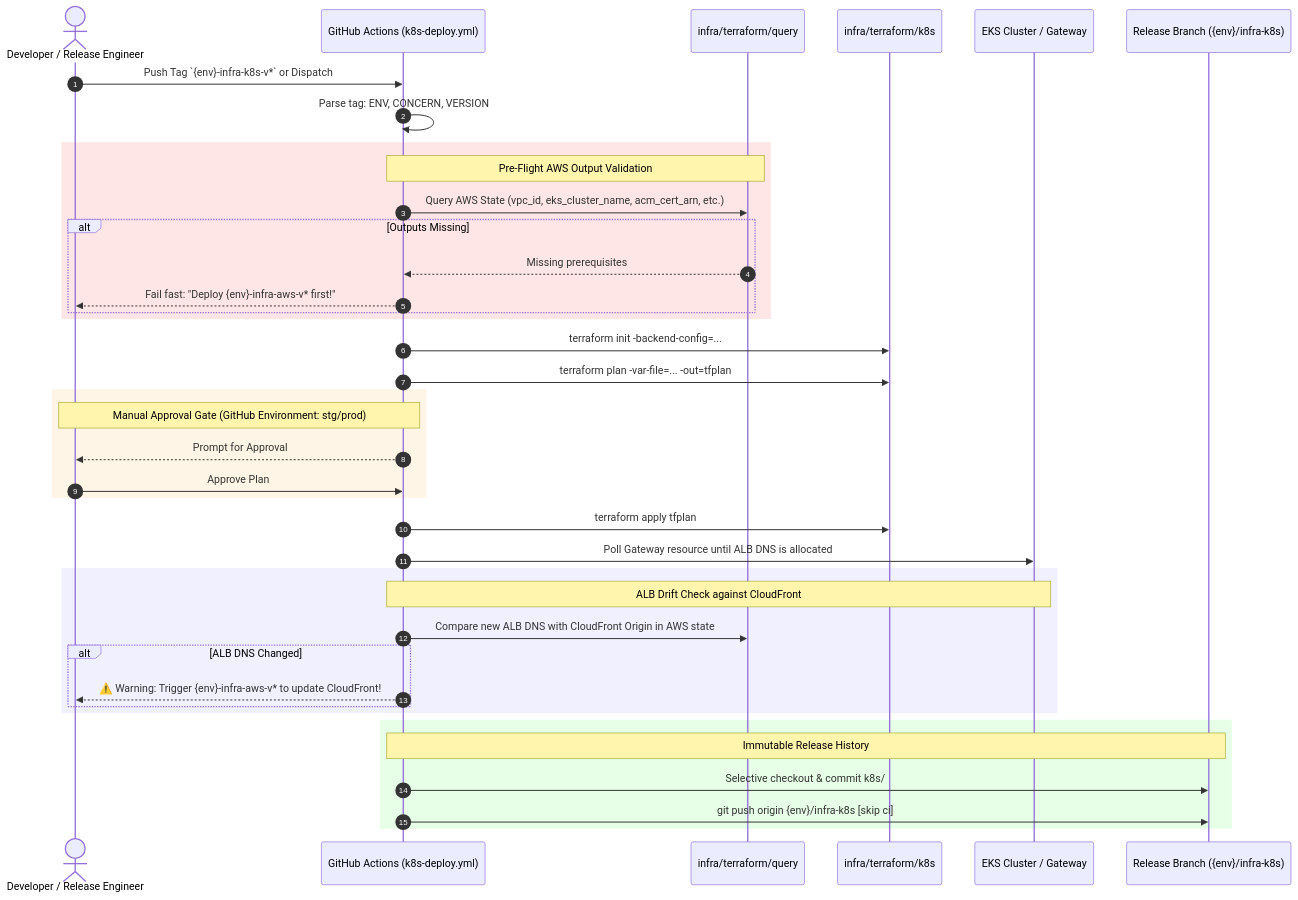
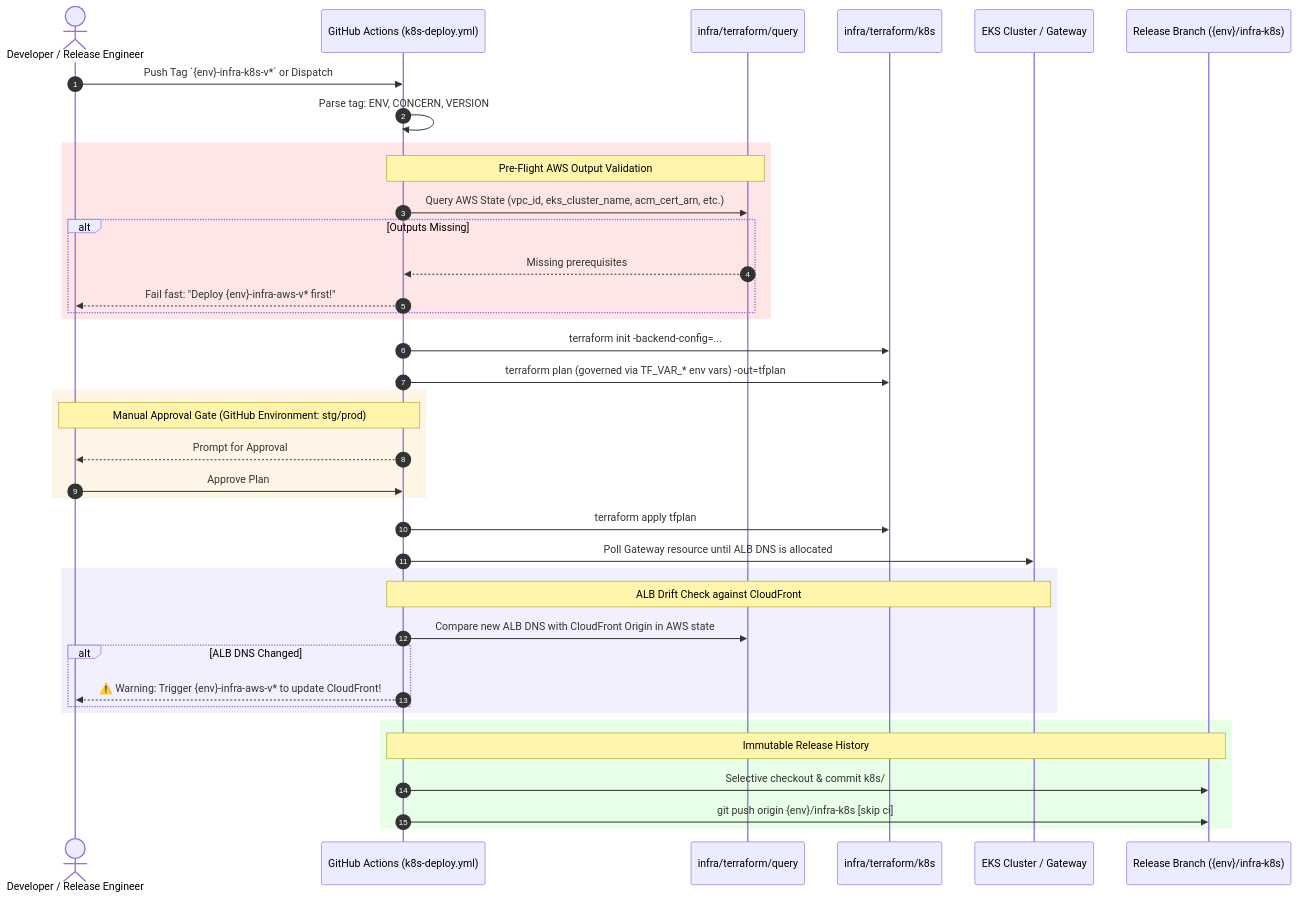
The second of 2 diagrams in docs/context/infrastructure-cicd-spec.md (parth9218/Document-Intelligence-Platform), drawn with Mermaid before and after one commit. The commit also changed other lines of this file and 21 other files, not shown here.

````diff
--- a/docs/context/infrastructure-cicd-spec.md
+++ b/docs/context/infrastructure-cicd-spec.md
@@ -150,48 +144,48 @@
 ```mermaid
 sequenceDiagram
     autonumber
     actor Dev as Developer / Release Engineer
     participant GH as GitHub Actions (k8s-deploy.yml)
     participant Query as infra/terraform/query
     participant K8s as infra/terraform/k8s
     participant Cluster as EKS Cluster / Gateway
     participant Git as Release Branch ({env}/infra-k8s)
 
     Dev->>GH: Push Tag `{env}-infra-k8s-v*` or Dispatch
     GH->>GH: Parse tag: ENV, CONCERN, VERSION
     
     rect rgb(255, 230, 230)
         Note over GH, Query: Pre-Flight AWS Output Validation
         GH->>Query: Query AWS State (vpc_id, eks_cluster_name, acm_cert_arn, etc.)
         alt Outputs Missing
             Query-->>GH: Missing prerequisites
             GH-->>Dev: Fail fast: "Deploy {env}-infra-aws-v* first!"
         end
     end
     
     GH->>K8s: terraform init -backend-config=...
-    GH->>K8s: terraform plan -var-file=... -out=tfplan
+    GH->>K8s: terraform plan (governed via TF_VAR_* env vars) -out=tfplan
     
     rect rgb(255, 245, 230)
         Note over GH, Dev: Manual Approval Gate (GitHub Environment: stg/prod)
         GH-->>Dev: Prompt for Approval
         Dev->>GH: Approve Plan
     end
     
     GH->>K8s: terraform apply tfplan
     GH->>Cluster: Poll Gateway resource until ALB DNS is allocated
     
     rect rgb(240, 240, 255)
         Note over GH, Cluster: ALB Drift Check against CloudFront
         GH->>Query: Compare new ALB DNS with CloudFront Origin in AWS state
         alt ALB DNS Changed
             GH-->>Dev: ⚠️ Warning: Trigger {env}-infra-aws-v* to update CloudFront!
         end
     end
     
     rect rgb(230, 255, 230)
         Note over GH, Git: Immutable Release History
         GH->>Git: Selective checkout & commit k8s/
         GH->>Git: git push origin {env}/infra-k8s [skip ci]
     end
 ```
````
